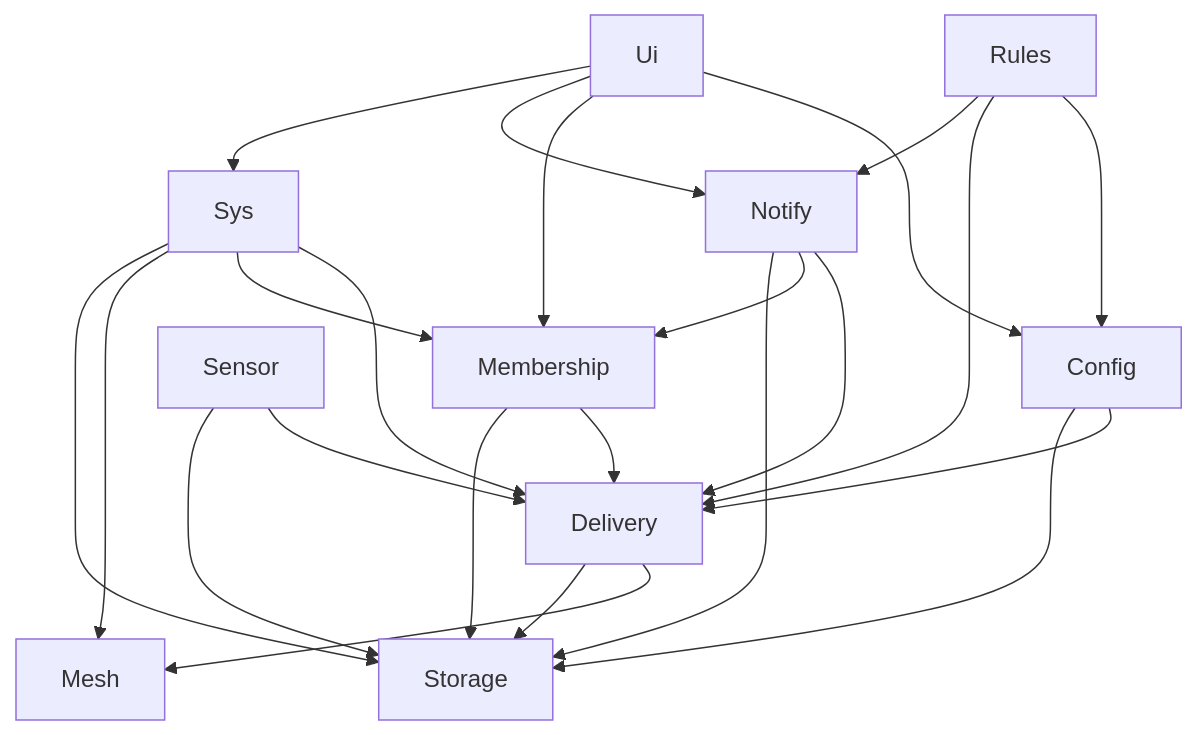
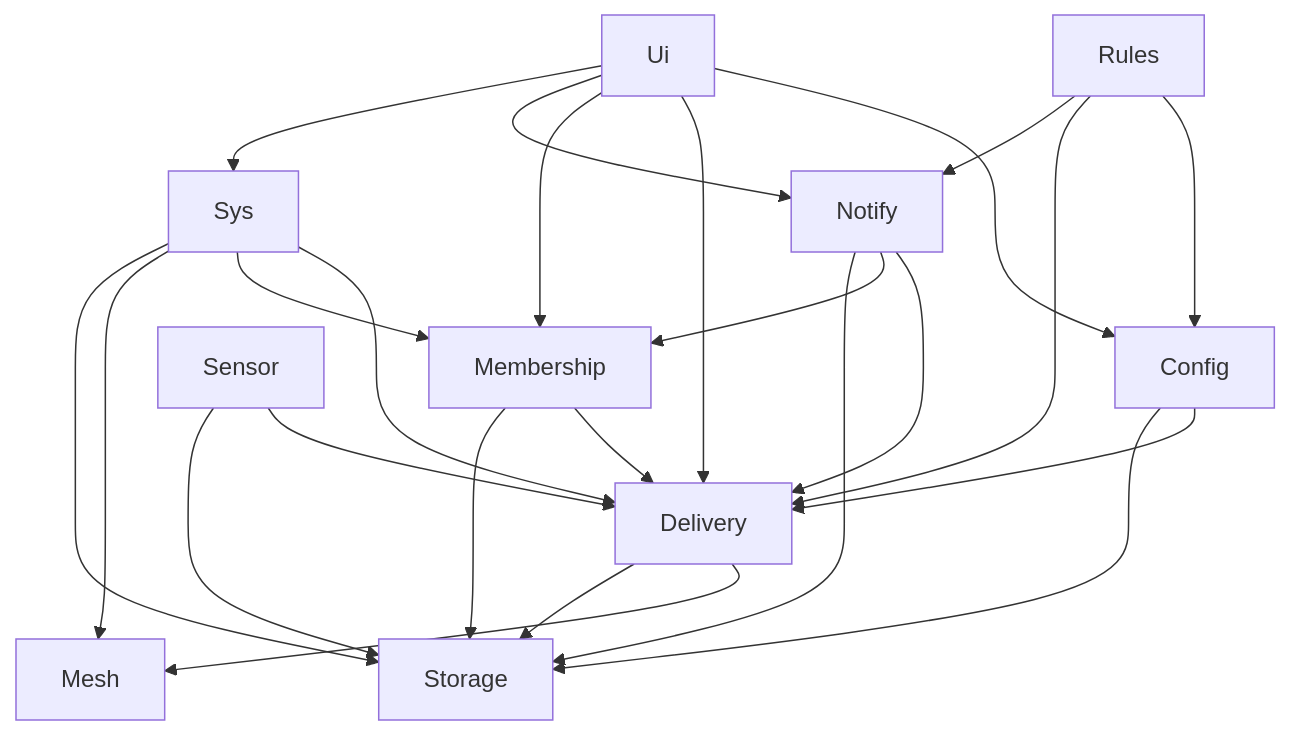
The first of 2 diagrams in _bmad-output/planning-artifacts/architecture/architecture-garageAlarms-2026-09-29/ARCHITECTURE-SPINE.md (wol-micro/garageAlarms2.0), drawn with Mermaid before and after one commit. The commit also changed other lines of this file and 5 other files, not shown here.

````diff
--- a/_bmad-output/planning-artifacts/architecture/architecture-garageAlarms-2026-09-29/ARCHITECTURE-SPINE.md
+++ b/_bmad-output/planning-artifacts/architecture/architecture-garageAlarms-2026-09-29/ARCHITECTURE-SPINE.md
@@ -40,25 +40,26 @@
 ```mermaid
 flowchart TD
   Ui --> Config
+  Ui --> Delivery
   Ui --> Membership
   Ui --> Notify
   Ui --> Sys
   Rules --> Config
   Rules --> Delivery
   Rules --> Notify
   Notify --> Delivery
   Notify --> Membership
   Config --> Delivery
   Membership --> Delivery
   Sensor --> Delivery
   Sys --> Delivery
   Sys --> Membership
   Sys --> Mesh
   Delivery --> Mesh
   Sensor --> Storage
   Config --> Storage
   Delivery --> Storage
   Notify --> Storage
   Membership --> Storage
   Sys --> Storage
 ```
````
